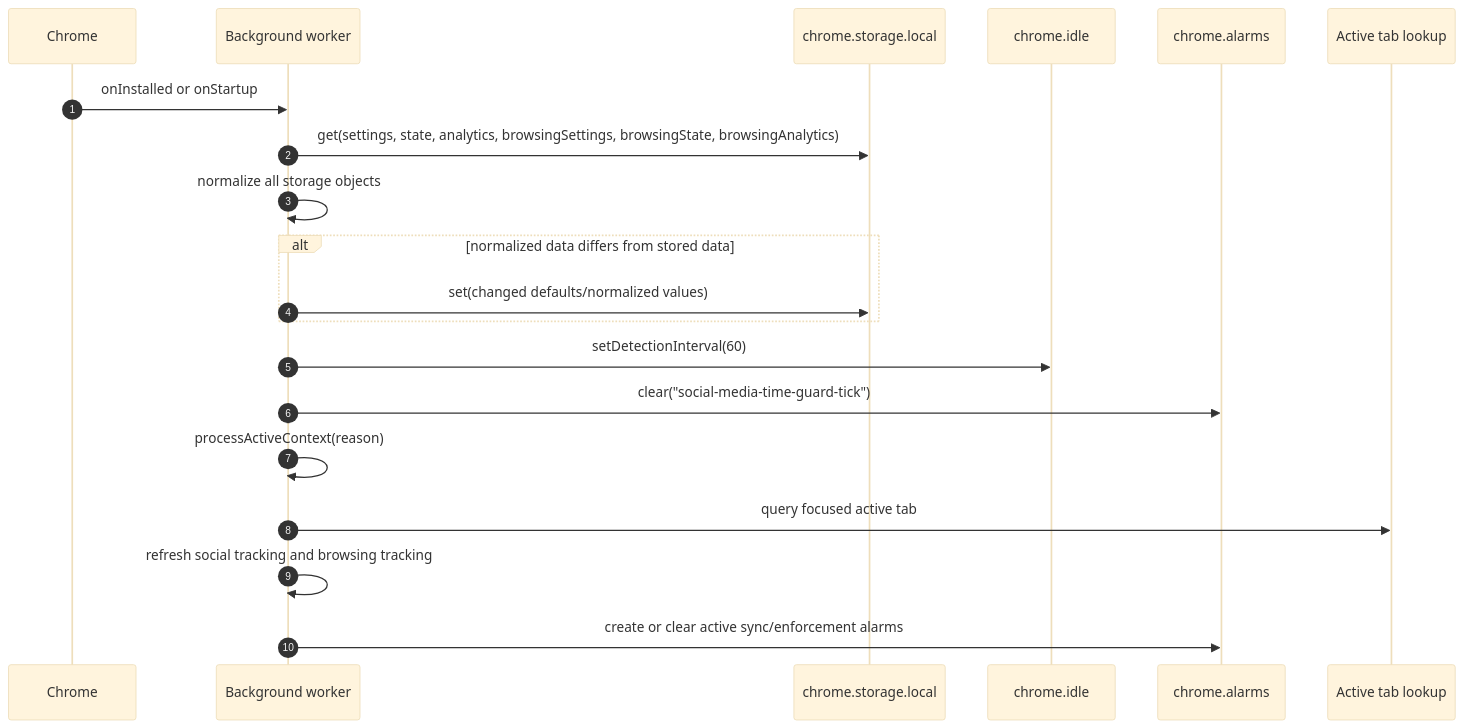
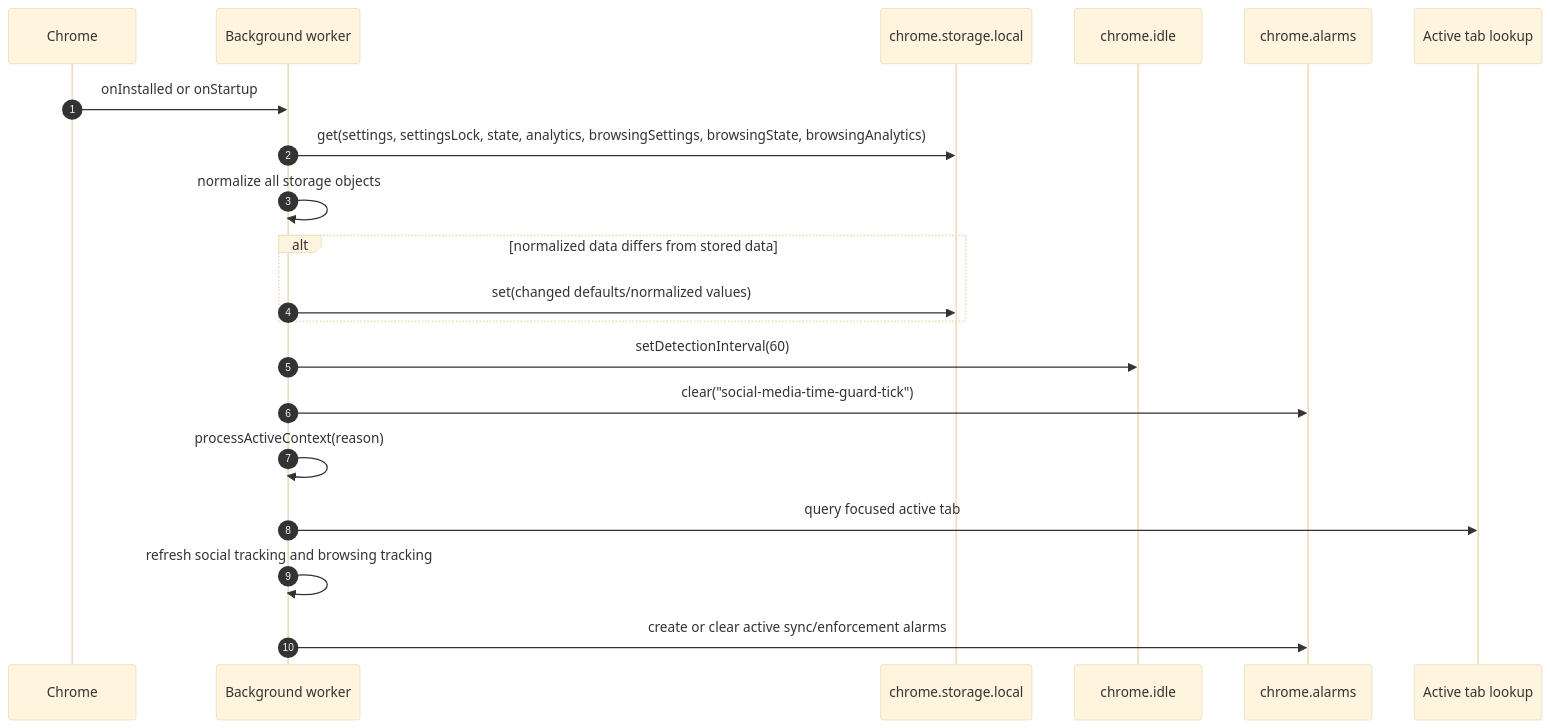
One commit to vishwajayawickrama/nuan changed the third of 15 diagrams in docs/ARCHITECTURE.md. Above: the diagram before and after it, drawn with Mermaid (base theme). The commit also changed other lines of this file and 10 other files, not shown here.

First line of the commit message:
feat: lock social restriction settings to once per week and twice per month

````diff
--- a/docs/ARCHITECTURE.md
+++ b/docs/ARCHITECTURE.md
@@ -168,23 +169,23 @@
 ```mermaid
 sequenceDiagram
   autonumber
   participant Chrome
   participant BG as Background worker
   participant Store as chrome.storage.local
   participant Idle as chrome.idle
   participant Alarms as chrome.alarms
   participant Tabs as Active tab lookup
 
   Chrome->>BG: onInstalled or onStartup
-  BG->>Store: get(settings, state, analytics, browsingSettings, browsingState, browsingAnalytics)
+  BG->>Store: get(settings, settingsLock, state, analytics, browsingSettings, browsingState, browsingAnalytics)
   BG->>BG: normalize all storage objects
   alt normalized data differs from stored data
     BG->>Store: set(changed defaults/normalized values)
   end
   BG->>Idle: setDetectionInterval(60)
   BG->>Alarms: clear("social-media-time-guard-tick")
   BG->>BG: processActiveContext(reason)
   BG->>Tabs: query focused active tab
   BG->>BG: refresh social tracking and browsing tracking
   BG->>Alarms: create or clear active sync/enforcement alarms
 ```
````
